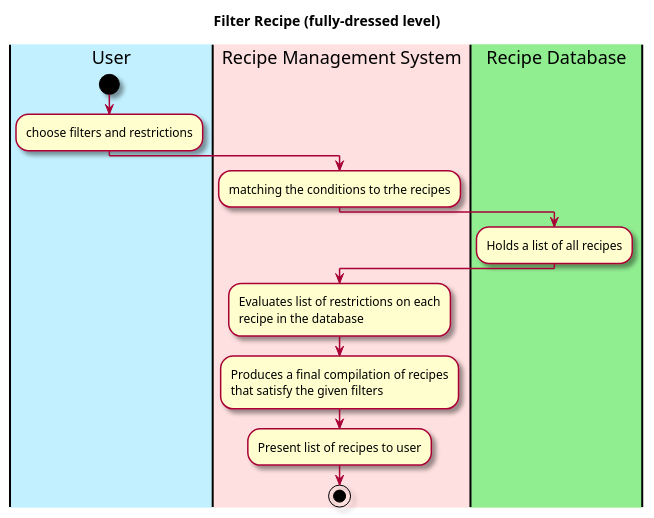
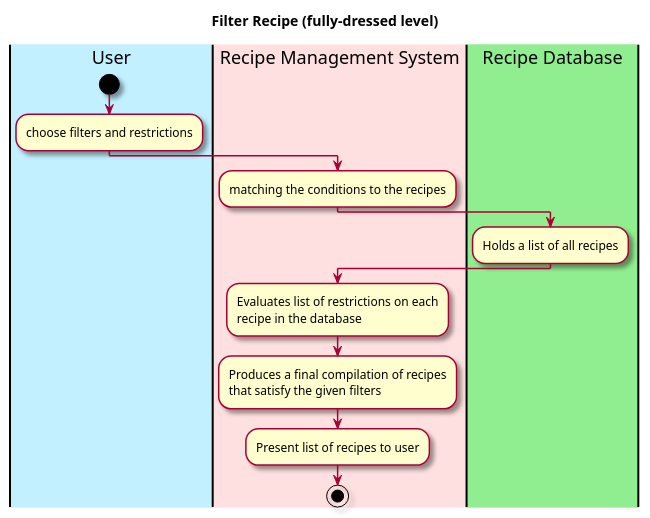
Before and after one commit to berthashipper/Pantry-Pal-Android-Application: the diagram in intellij/doc/use-cases/filter_recipe.md, drawn with PlantUML. The commit also changed 4 other files, not shown here.

Commit message:
Improvements, modifications to use case diagrams

````diff
--- a/intellij/doc/use-cases/filter_recipe.md
+++ b/intellij/doc/use-cases/filter_recipe.md
@@ -30,31 +30,32 @@
 ```plantuml
 @startuml
 
 skin rose
 
 title Filter Recipe (fully-dressed level)
 
 'define the lanes
 |#application|User|
 |#implementation|Recipe Management System|
 |#lightgreen|Recipe Database|
 
 |User|
 start
 :choose filters and restrictions;
 
 |Recipe Management System|
-:matching the conditions to trhe recipes;
+:matching the conditions to the recipes;
 
 |Recipe Database|
 :Holds a list of all recipes;
 
 |Recipe Management System|
 :Evaluates list of restrictions on each
 recipe in the database;
 :Produces a final compilation of recipes
 that satisfy the given filters;
 :Present list of recipes to user;
 stop
+
 @enduml
 ```
````
